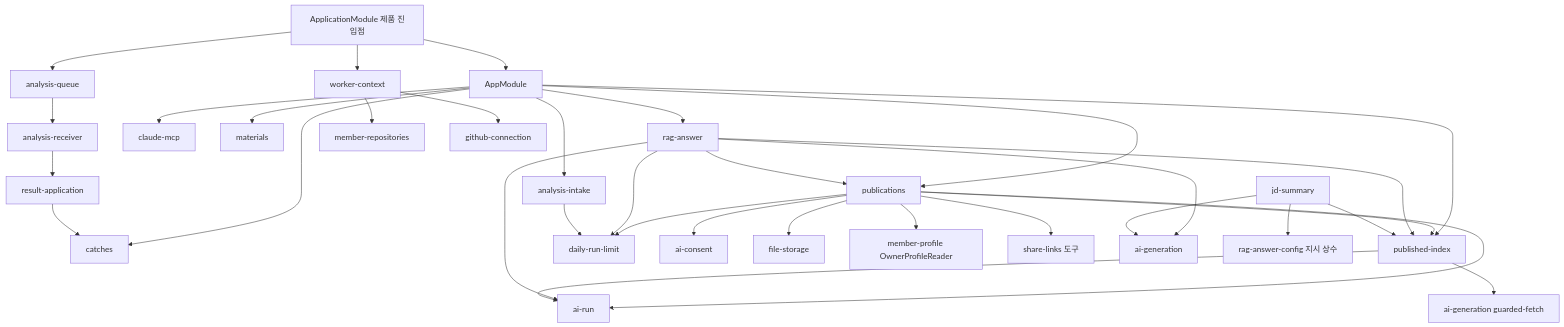
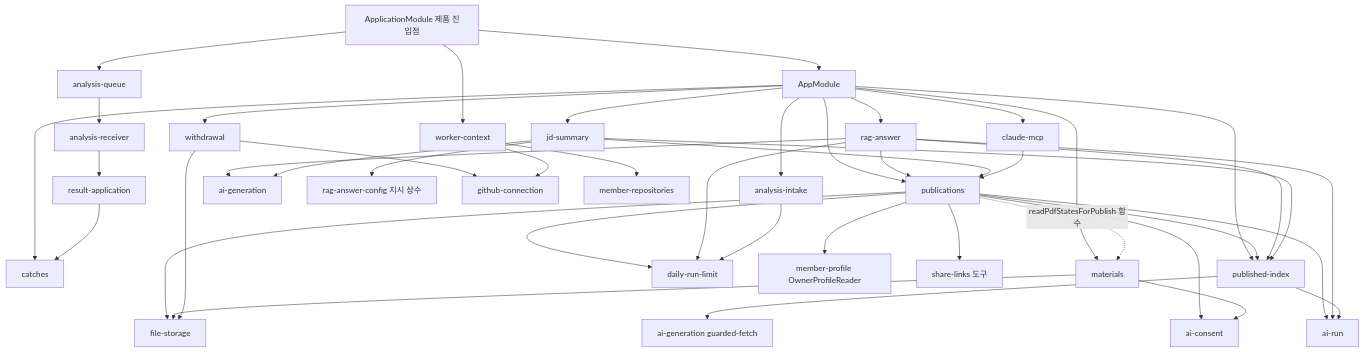
The diagram in aidlc/spaces/default/codekb/CatchU/dependencies.md (JminAILab/CatchU), drawn with Mermaid before and after one commit. The commit also changed other lines of this file and 12 other files, not shown here.

````diff
--- a/aidlc/spaces/default/codekb/CatchU/dependencies.md
+++ b/aidlc/spaces/default/codekb/CatchU/dependencies.md
@@ -19,36 +20,45 @@
 ```mermaid
 flowchart TD
   APP["AppModule"] --> CAT["catches"]
   APP --> PUB["publications"]
   APP --> RAG["rag-answer"]
   APP --> IDX["published-index"]
   APP --> MCP["claude-mcp"]
   APP --> MAT["materials"]
+  APP --> JD["jd-summary"]
+  APP --> WD["withdrawal"]
   APP --> INT["analysis-intake"]
   PROD["ApplicationModule 제품 진입점"] --> APP
   PROD --> WCTX["worker-context"]
   PROD --> AQ["analysis-queue"]
   AQ --> RECV["analysis-receiver"]
   RECV --> RES["result-application"]
   RES --> CAT
   PUB --> IDX
   PUB --> RUN["ai-run"]
   PUB --> DRL["daily-run-limit"]
   PUB --> CON["ai-consent"]
   PUB --> FS["file-storage"]
   PUB --> OPR["member-profile OwnerProfileReader"]
   PUB --> SL["share-links 도구"]
+  PUB -.->|"readPdfStatesForPublish 함수"| MAT
   RAG --> PUB
   RAG --> IDX
   RAG --> GATE["ai-generation"]
   RAG --> RUN
   RAG --> DRL
-  JD["jd-summary"] --> IDX
+  JD --> PUB
+  JD --> IDX
   JD --> GATE
   JD --> RAGCFG["rag-answer-config 지시 상수"]
+  MCP --> PUB
+  MAT --> FS
+  MAT --> CON
+  WD --> FS
+  WD --> GHC
   IDX --> RUN
   IDX --> GF["ai-generation guarded-fetch"]
   INT --> DRL
   WCTX --> MR["member-repositories"]
   WCTX --> GHC["github-connection"]
 ```
````
